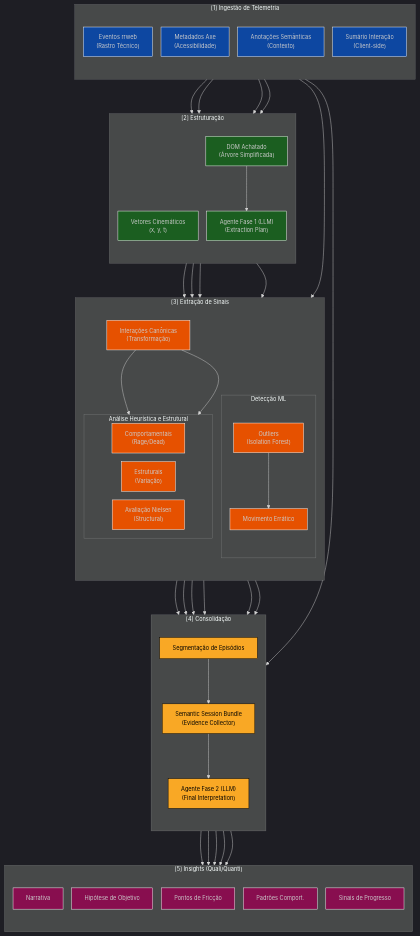
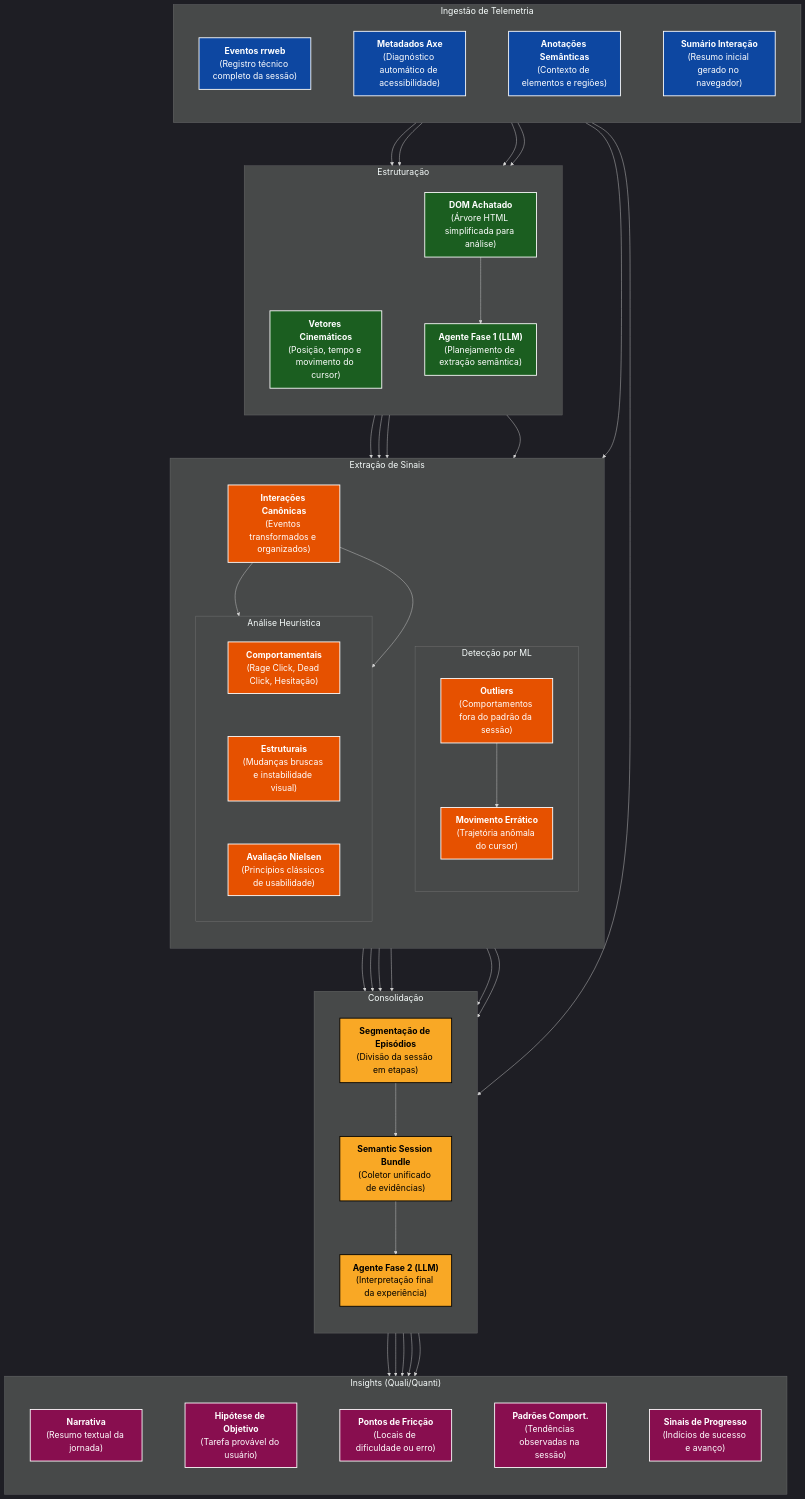
One commit to marcus-v-rodrigues/ux-auditor-api changed the diagram in docs/motor_analise_multimodal.md. Above: the diagram before and after it, drawn with Mermaid. The commit also changed 8 other files, not shown here.

First line of the commit message:
feat(semantic_analysis): add validation, retry and repair for phase2 analysis

````diff
--- a/docs/motor_analise_multimodal.md
+++ b/docs/motor_analise_multimodal.md
@@ -11,63 +11,63 @@
 ```mermaid
-%%{init: { 'theme': 'dark', 'themeVariables': { 'fontSize': '13px', 'fontFamily': 'Fira Code' }, 'flowchart': { 'rankSpacing': 80, 'nodeSpacing': 20, 'curve': 'basis' } } }%%
+%%{init: { 'theme': 'dark', 'themeVariables': { 'fontSize': '20px', 'fontFamily': 'sans-serif', 'subGraphTitleFontSize': '20px' }, 'flowchart': {'rankSpacing': 100, 'nodeSpacing': 100, 'curve': 'linear ' } } }%%
 flowchart TD
+
     %% ==================== COLUNA 1: INPUT ====================
-    subgraph Col1["[1] Ingestão de Telemetria"]
+    subgraph Col1["Ingestão de Telemetria"]
         direction TB
-        SD["Eventos rrweb<br/>(Rastro Técnico)"]
-        AD["Metadados Axe<br/>(Acessibilidade)"]
-        SMD["Anotações Semânticas<br/>(Contexto)"]
-        IS["Sumário Interação<br/>(Client-side)"]
+        SD["<b>Eventos rrweb</b><br/>(Registro técnico completo da sessão)"]
+        AD["<b>Metadados Axe</b><br/>(Diagnóstico automático de acessibilidade)"]
+        SMD["<b>Anotações Semânticas</b><br/>(Contexto de elementos e regiões)"]
+        IS["<b>Sumário Interação</b><br/>(Resumo inicial gerado no navegador)"]
     end
 
     %% ==================== COLUNA 2: PRE-PROC ====================
-    subgraph Col2["[2] Estruturação"]
+    subgraph Col2["Estruturação"]
         direction TB
-        KD["Vetores Cinemáticos<br/>(x, y, t)"]
-        DD["DOM Achatado<br/>(Árvore Simplificada)"]
-        P1A["Agente Fase 1 (LLM)<br/>(Extraction Plan)"]
+        KD["<b>Vetores Cinemáticos</b><br/>(Posição, tempo e movimento do cursor)"]
+        DD["<b>DOM Achatado</b><br/>(Árvore HTML simplificada para análise)"]
+        P1A["<b>Agente Fase 1 (LLM)</b><br/>(Planejamento de extração semântica)"]
     end
 
-    %% ==================== COLUNA 3: SINAIS (REORDENADA) ====================
-    subgraph Col3["[3] Extração de Sinais"]
+    %% ==================== COLUNA 3: SINAIS ====================
+    subgraph Col3["Extração de Sinais"]
         direction TB
         
-        %% Invertemos a ordem visual: ML na esquerda, Heurísticas/SH na direita
-        subgraph ML_Group["Detecção ML"]
+        subgraph ML_Group["Detecção por ML"]
             direction TB
-            AND["Outliers<br/>(Isolation Forest)"]
-            MLE["Movimento Errático"]
+            AND["<b>Outliers</b><br/>(Comportamentos fora do padrão da sessão)"]
+            MLE["<b>Movimento Errático</b><br/>(Trajetória anômala do cursor)"]
         end
 
-        CI["Interações Canônicas<br/>(Transformação)"]
+        CI["<b>Interações Canônicas</b><br/>(Eventos transformados e organizados)"]
 
-        subgraph RightAnalysis["Análise Heurística e Estrutural"]
+        subgraph RightAnalysis["Análise Heurística"]
             direction LR
-            BH["Comportamentais<br/>(Rage/Dead)"]
-            STH["Estruturais<br/>(Variação)"]
-            SH["Avaliação Nielsen<br/>(Structural)"]
+            BH["<b>Comportamentais</b><br/>(Rage Click, Dead Click, Hesitação)"]
+            STH["<b>Estruturais</b><br/>(Mudanças bruscas e instabilidade visual)"]
+            SH["<b>Avaliação Nielsen</b><br/>(Princípios clássicos de usabilidade)"]
         end
     end
 
     %% ==================== COLUNA 4: BUNDLE ====================
-    subgraph Col4["[4] Consolidação"]
+    subgraph Col4["Consolidação"]
         direction TB
-        SG["Segmentação de Episódios"]
-        SB["Semantic Session Bundle<br/>(Evidence Collector)"]
-        P2A["Agente Fase 2 (LLM)<br/>(Final Interpretation)"]
+        SG["<b>Segmentação de Episódios</b><br/>(Divisão da sessão em etapas)"]
+        SB["<b>Semantic Session Bundle</b><br/>(Coletor unificado de evidências)"]
+        P2A["<b>Agente Fase 2 (LLM)</b><br/>(Interpretação final da experiência)"]
     end
 
     %% ==================== COLUNA 5: OUTPUT ====================
-    subgraph Col5["[5] Insights (Quali/Quanti)"]
+    subgraph Col5["Insights (Quali/Quanti)"]
         direction TB
-        NAR["Narrativa"]
-        GH["Hipótese de Objetivo"]
-        FP["Pontos de Fricção"]
-        BP["Padrões Comport."]
-        PS["Sinais de Progresso"]
+        NAR["<b>Narrativa</b><br/>(Resumo textual da jornada)"]
+        GH["<b>Hipótese de Objetivo</b><br/>(Tarefa provável do usuário)"]
+        FP["<b>Pontos de Fricção</b><br/>(Locais de dificuldade ou erro)"]
+        BP["<b>Padrões Comport.</b><br/>(Tendências observadas na sessão)"]
+        PS["<b>Sinais de Progresso</b><br/>(Indícios de sucesso e avanço)"]
     end
 
-    %% --- CONEXÕES (AJUSTADAS PARA O NOVO FLUXO) ---
+    %% --- CONEXÕES ---
     SD --> KD & DD
     AD & SMD & DD --> P1A
     
@@ -78,18 +78,17 @@
     
     CI --> SG & STH & BH
     
-    %% Concentração no Bundle
     MLE & BH & STH & SH & CI & SG & IS --> SB
     
     SB --> P2A
     P2A --> NAR & GH & FP & BP & PS
 
     %% Estilização
-    classDef inputStyle fill:#0D47A1,stroke:#fff,stroke-width:1px
-    classDef phase1Style fill:#1B5E20,stroke:#fff,stroke-width:1px
-    classDef analysisStyle fill:#E65100,stroke:#fff,stroke-width:1px
-    classDef phase2Style fill:#F9A825,stroke:#000,stroke-width:1px,color:#000
-    classDef outputStyle fill:#880E4F,stroke:#fff,stroke-width:1px
+    classDef inputStyle fill:#0D47A1,stroke:#fff,stroke-width:2px,color:#fff
+    classDef phase1Style fill:#1B5E20,stroke:#fff,stroke-width:2px,color:#fff
+    classDef analysisStyle fill:#E65100,stroke:#fff,stroke-width:2px,color:#fff
+    classDef phase2Style fill:#F9A825,stroke:#000,stroke-width:2px,color:#000
+    classDef outputStyle fill:#880E4F,stroke:#fff,stroke-width:2px,color:#fff
 
     class SD,AD,SMD,IS inputStyle
     class KD,DD,P1A phase1Style
````
